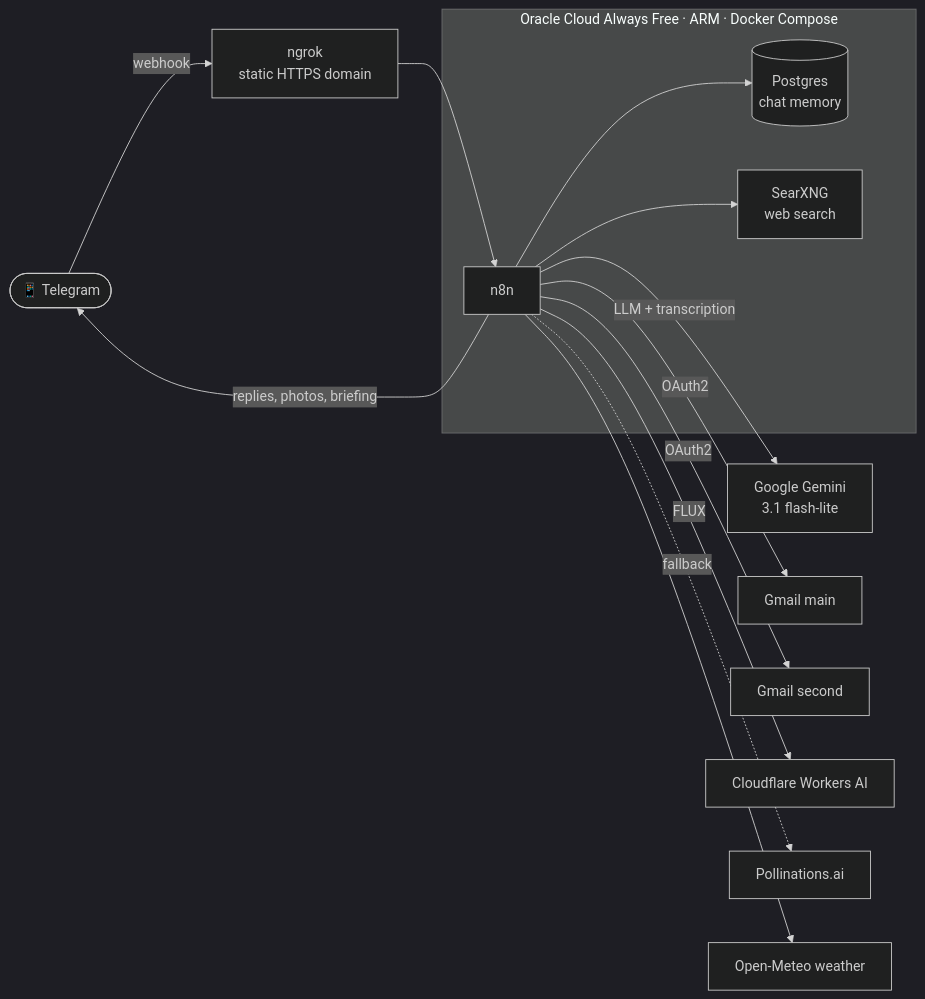
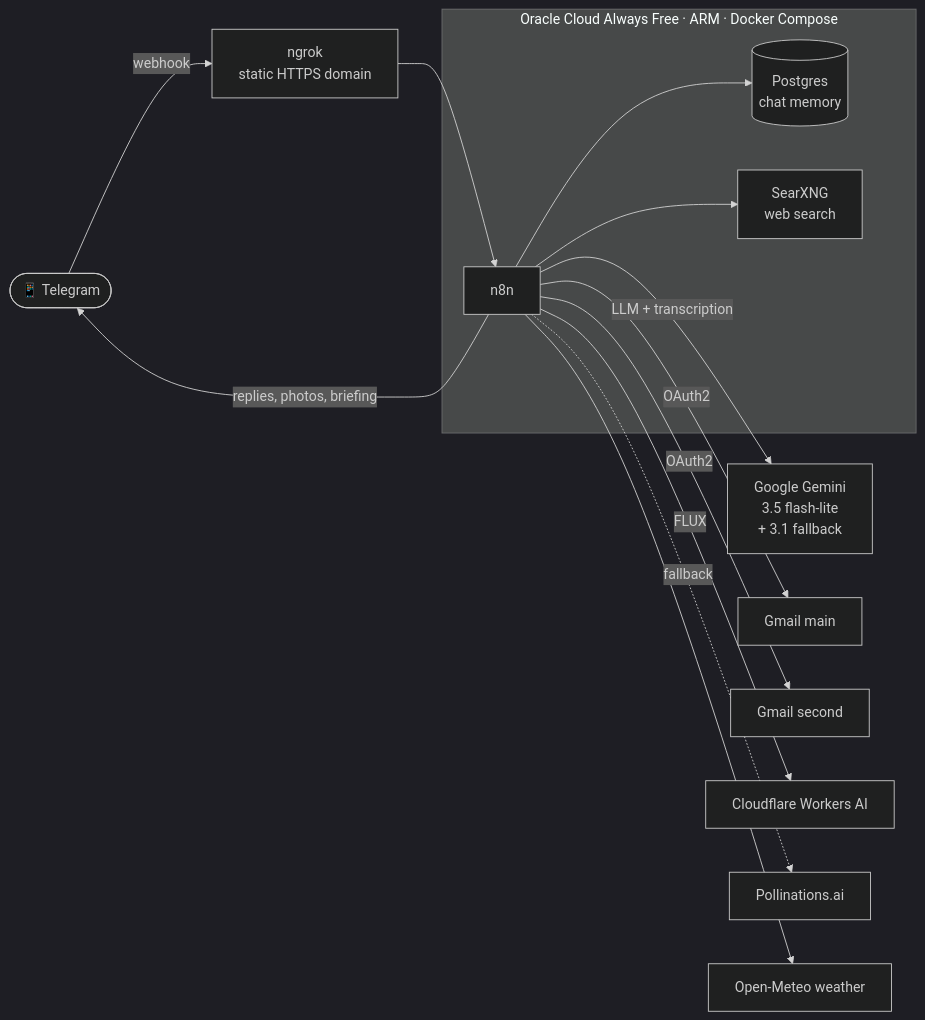
The first of 2 diagrams in README.md (muttumanjunath/n8n-personal-ai-assistant), drawn with Mermaid (dark theme) before and after one commit. The commit also changed other lines of this file and 2 other files, not shown here.

Commit message:
Faster replies: 3.5 flash-lite primary + 3.1 fallback, no node retries
Claude-Session: https://claude.ai/code/session_01Bqz7G5GQT6kwGzEANkgcxJ

````diff
--- a/README.md
+++ b/README.md
@@ -30,18 +30,18 @@
 ```mermaid
 flowchart LR
     U([📱 Telegram]) -->|webhook| NG[ngrok<br/>static HTTPS domain]
     NG --> N8N
 
     subgraph VM[Oracle Cloud Always Free · ARM · Docker Compose]
         N8N[n8n] --> PG[(Postgres<br/>chat memory)]
         N8N --> SX[SearXNG<br/>web search]
     end
 
-    N8N -->|LLM + transcription| GEM[Google Gemini<br/>3.1 flash-lite]
+    N8N -->|LLM + transcription| GEM[Google Gemini<br/>3.5 flash-lite<br/>+ 3.1 fallback]
     N8N -->|OAuth2| GM1[Gmail main]
     N8N -->|OAuth2| GM2[Gmail second]
     N8N -->|FLUX| CF[Cloudflare Workers AI]
     N8N -.->|fallback| PO[Pollinations.ai]
     N8N --> OM[Open-Meteo weather]
     N8N -->|replies, photos, briefing| U
 ```
````
